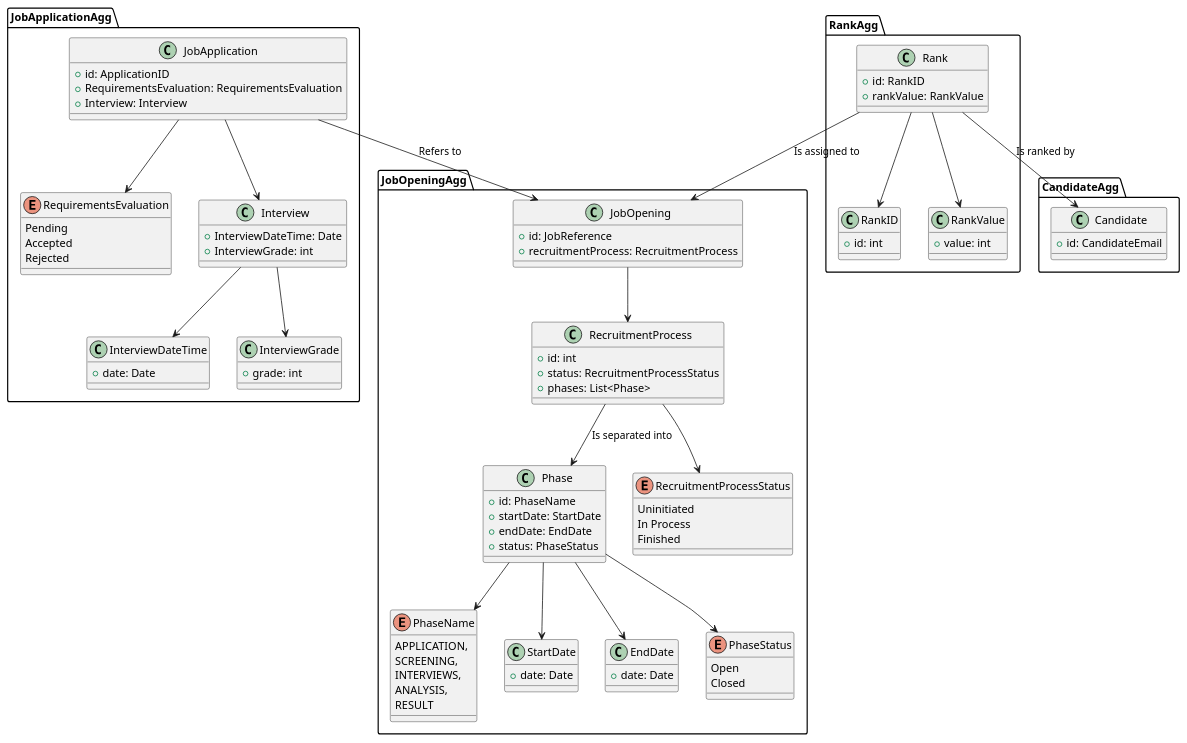
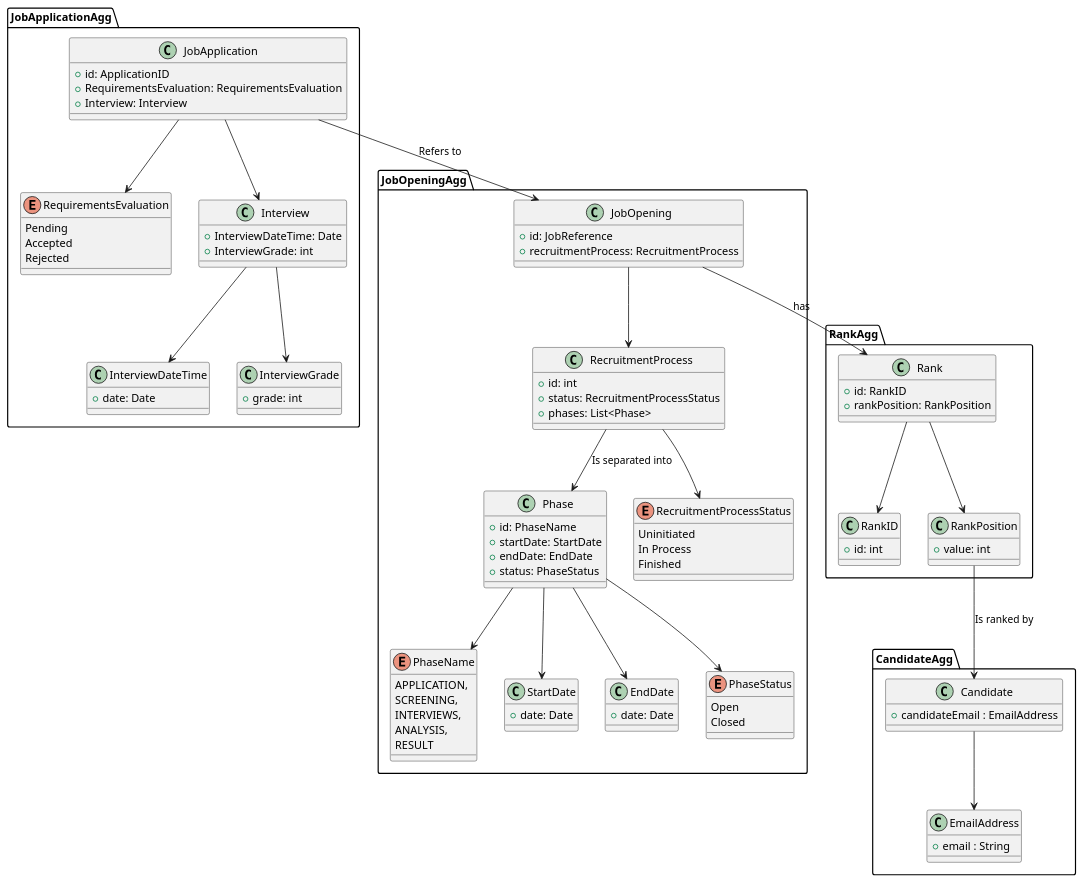
One commit to Mendoncaa/LAPR4 changed the diagram in docs/sprintC/US1010/02.analysis/puml/DM.puml. Above: the diagram before and after it, drawn with PlantUML. The commit also changed 6 other files, not shown here.

First line of the commit message:
#40 US1010 diagrams updated.

```diff
--- a/docs/sprintC/US1010/02.analysis/puml/DM.puml
+++ b/docs/sprintC/US1010/02.analysis/puml/DM.puml
@@ -1,116 +1,121 @@
 @startuml DomainModel
 package JobOpeningAgg {
 
     class JobOpening {
         +id: JobReference
         +recruitmentProcess: RecruitmentProcess
     }
     class RecruitmentProcess {
         +id: int
         +status: RecruitmentProcessStatus
         +phases: List<Phase>
     }
 
     class Phase {
         +id: PhaseName
         +startDate: StartDate
         +endDate: EndDate
         +status: PhaseStatus
     }
 
     enum PhaseName {
             APPLICATION,
             SCREENING,
             INTERVIEWS,
             ANALYSIS,
             RESULT
     }
 
     class StartDate {
         +date: Date
     }
 
     class EndDate {
         +date: Date
     }
 
     enum PhaseStatus {
         Open
         Closed
     }
 
     enum RecruitmentProcessStatus {
         Uninitiated
         In Process
         Finished
     }
 
     JobOpening --> RecruitmentProcess
     RecruitmentProcess --> RecruitmentProcessStatus
     RecruitmentProcess --> Phase : "Is separated into"
     Phase --> PhaseName
     Phase --> StartDate
     Phase --> EndDate
     Phase --> PhaseStatus
 }
 
 package JobApplicationAgg {
     class JobApplication {
         +id: ApplicationID
         +RequirementsEvaluation: RequirementsEvaluation
         +Interview: Interview
     }
 
     enum RequirementsEvaluation {
         Pending
         Accepted
         Rejected
     }
 
     class Interview {
         +InterviewDateTime: Date
         +InterviewGrade: int
     }
 
     class InterviewDateTime {
         +date: Date
     }
 
     class InterviewGrade {
         +grade: int
     }
 
     JobApplication --> RequirementsEvaluation
     JobApplication --> Interview
     JobApplication --> JobOpening : Refers to
     Interview --> InterviewDateTime
     Interview --> InterviewGrade
 }
 
 package RankAgg {
     class Rank {
         +id: RankID
-        +rankValue: RankValue
+        +rankPosition: RankPosition
     }
 
     class RankID {
         +id: int
     }
 
-    class RankValue {
+    class RankPosition {
         +value: int
     }
 
     Rank --> RankID
-    Rank --> RankValue
-    Rank --> JobOpening : "Is assigned to"
+    Rank --> RankPosition
+    JobOpening --> Rank : "has"
 }
 
 package CandidateAgg {
     class Candidate {
-        +id: CandidateEmail
+        + candidateEmail : EmailAddress
     }
 
-    Rank --> Candidate : "Is ranked by"
+    class EmailAddress{
+        + email : String
+    }
+
+    Candidate --> EmailAddress
+    RankPosition --> Candidate : "Is ranked by"
 }
 @enduml
```
